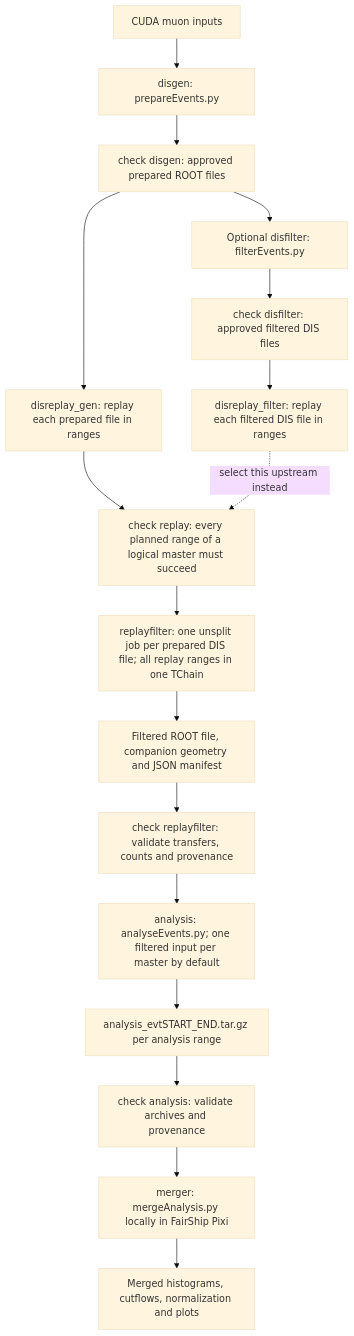
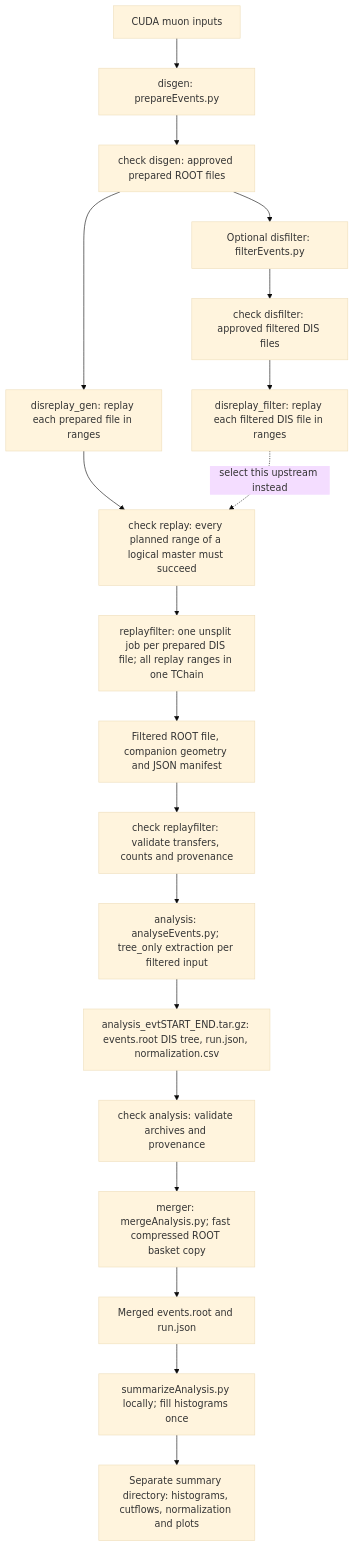
The diagram in NewMuonDIS/production/directory-structure.md (amagnan/htcondor_submission_scripts), drawn with Mermaid (base theme) before and after one commit. The commit also changed other lines of this file and 13 other files, not shown here.

````diff
--- a/NewMuonDIS/production/directory-structure.md
+++ b/NewMuonDIS/production/directory-structure.md
@@ -8,19 +8,21 @@
 ```mermaid
 flowchart TD
     INPUT[CUDA muon inputs] --> GEN[disgen: prepareEvents.py]
     GEN --> GC[check disgen: approved prepared ROOT files]
     GC --> RG[disreplay_gen: replay each prepared file in ranges]
     GC --> DF[Optional disfilter: filterEvents.py]
     DF --> DC[check disfilter: approved filtered DIS files]
     DC --> RF[disreplay_filter: replay each filtered DIS file in ranges]
     RG --> RC[check replay: every planned range of a logical master must succeed]
     RF -.->|select this upstream instead| RC
     RC --> CHAIN[replayfilter: one unsplit job per prepared DIS file; all replay ranges in one TChain]
     CHAIN --> FILTERED[Filtered ROOT file, companion geometry and JSON manifest]
     FILTERED --> FC[check replayfilter: validate transfers, counts and provenance]
-    FC --> ANALYSIS[analysis: analyseEvents.py; one filtered input per master by default]
-    ANALYSIS --> ARCHIVE[analysis_evtSTART_END.tar.gz per analysis range]
+    FC --> ANALYSIS[analysis: analyseEvents.py; tree_only extraction per filtered input]
+    ANALYSIS --> ARCHIVE[analysis_evtSTART_END.tar.gz: events.root DIS tree, run.json, normalization.csv]
     ARCHIVE --> AC[check analysis: validate archives and provenance]
-    AC --> MERGE[merger: mergeAnalysis.py locally in FairShip Pixi]
-    MERGE --> RESULT[Merged histograms, cutflows, normalization and plots]
+    AC --> MERGE[merger: mergeAnalysis.py; fast compressed ROOT basket copy]
+    MERGE --> TREE[Merged events.root and run.json]
+    TREE --> SUMMARY[summarizeAnalysis.py locally; fill histograms once]
+    SUMMARY --> RESULT[Separate summary directory: histograms, cutflows, normalization and plots]
 ```
````
